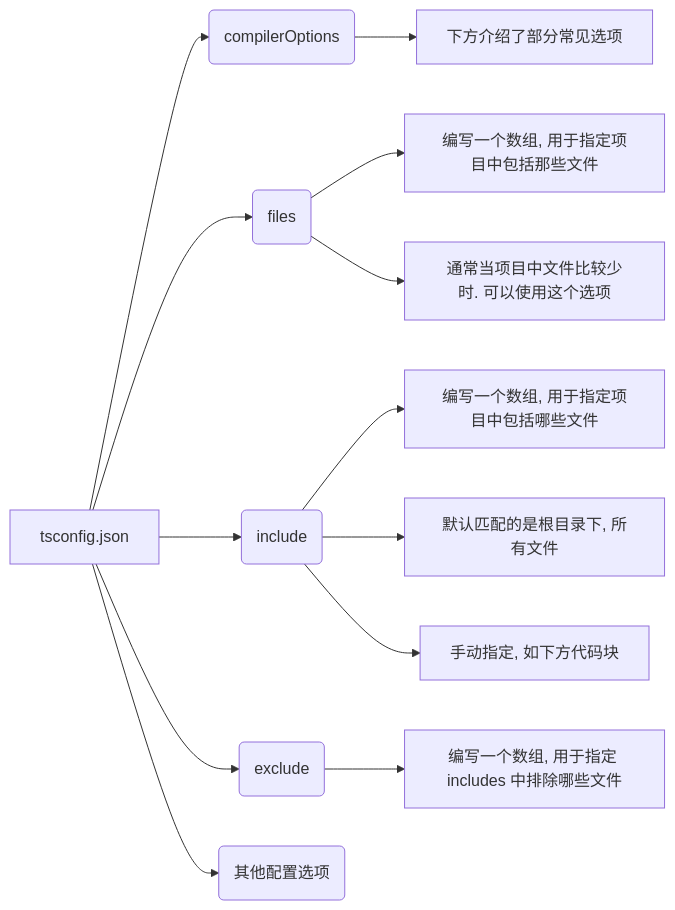
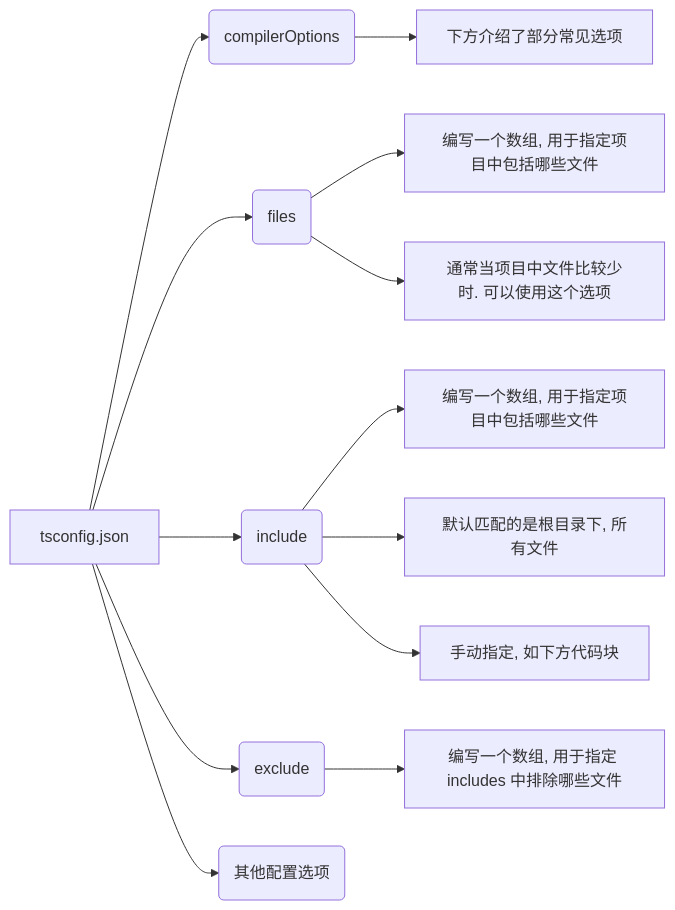
Before and after one commit to Zt2tzzt/TS: the diagram in 08-tsconfig-axios封装-条件类型-内置工具.md, drawn with Mermaid. The commit also changed other lines of this file, not shown here.

````diff
--- a/08-tsconfig-axios封装-条件类型-内置工具.md
+++ b/08-tsconfig-axios封装-条件类型-内置工具.md
@@ -45,16 +45,16 @@
 ```mermaid
 graph LR
 	C[tsconfig.json]
     C --> D(compilerOptions)
 			D --> I[下方介绍了部分常见选项]
     C --> E(files)
-			E --> J[编写一个数组, 用于指定项目中包括那些文件]
+			E --> J[编写一个数组, 用于指定项目中包括哪些文件]
 			E --> K[通常当项目中文件比较少时. 可以使用这个选项]
     C --> F(include)
 			F --> L[编写一个数组, 用于指定项目中包括哪些文件]
 			F --> M[默认匹配的是根目录下, 所有文件]
 			F --> N[手动指定, 如下方代码块]
     C --> G(exclude)
 			G --> O[编写一个数组, 用于指定 includes 中排除哪些文件]
     C --> H(其他配置选项)
 ```
````
